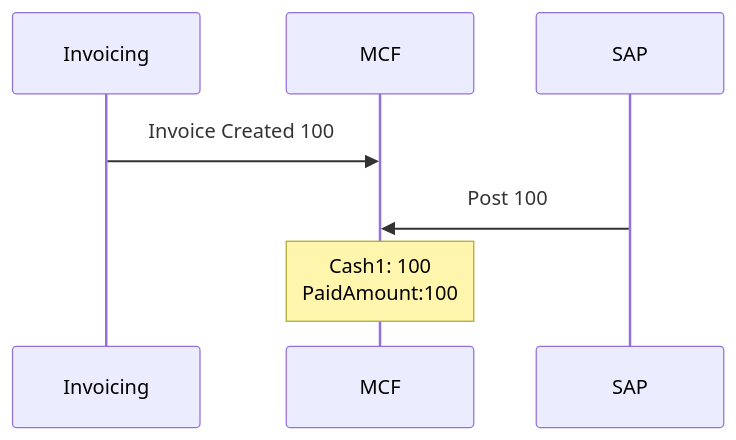
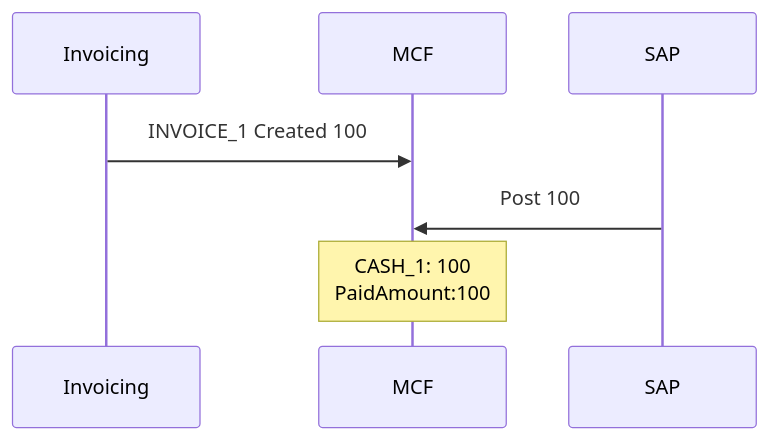
One commit to vikramsinha/test1 changed the second of 17 diagrams in MCF-SAP Scenarios.md. Above: the diagram before and after it, drawn with Mermaid. The commit also changed other lines of this file, not shown here.

Commit message:
Update MCF-SAP Scenarios.md

````diff
--- a/MCF-SAP Scenarios.md
+++ b/MCF-SAP Scenarios.md
@@ -17,10 +17,10 @@
 ```mermaid
 %%{init: {'theme': 'default'} }%%
 sequenceDiagram
     participant Invoicing
     participant MCF
     participant SAP
-    Invoicing->>MCF: Invoice Created 100    
+    Invoicing->>MCF: INVOICE_1 Created 100    
     SAP->>MCF: Post 100
-    Note over MCF: Cash1: 100<br/>PaidAmount:100
+    Note over MCF: CASH_1: 100<br/>PaidAmount:100
 ```
````
